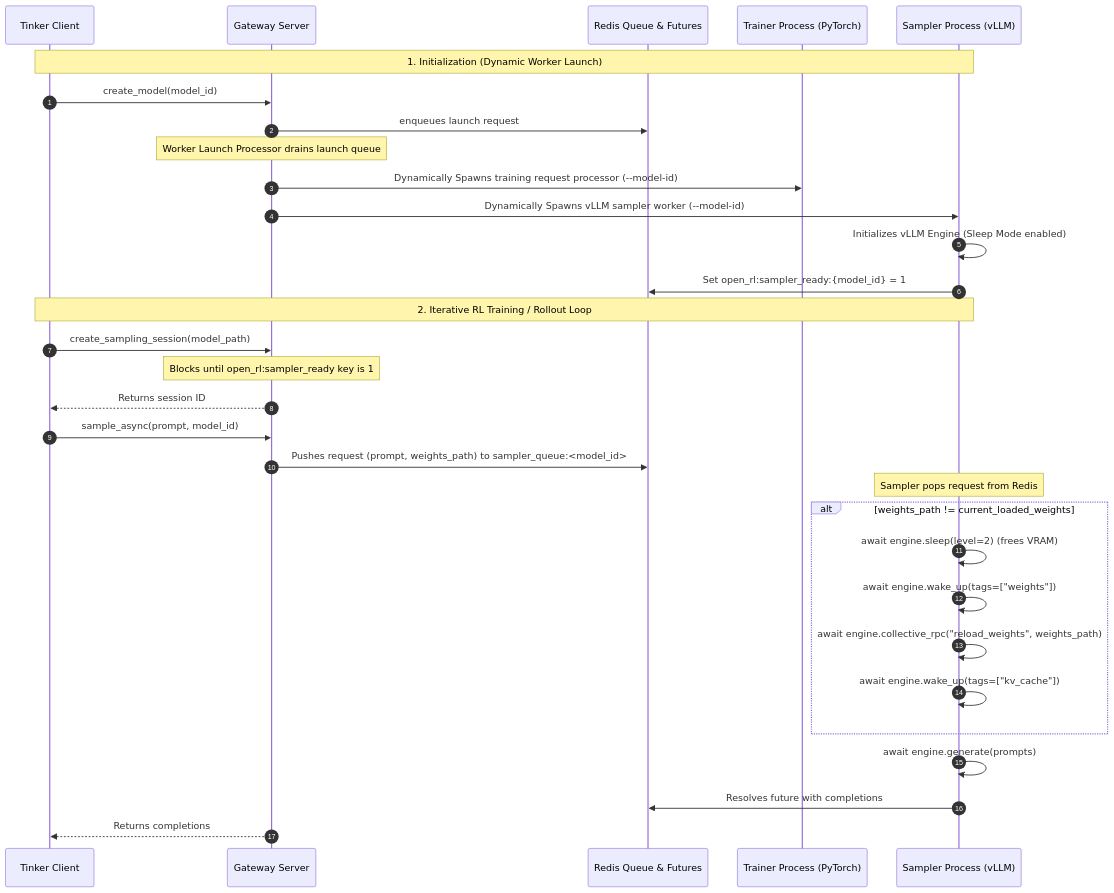
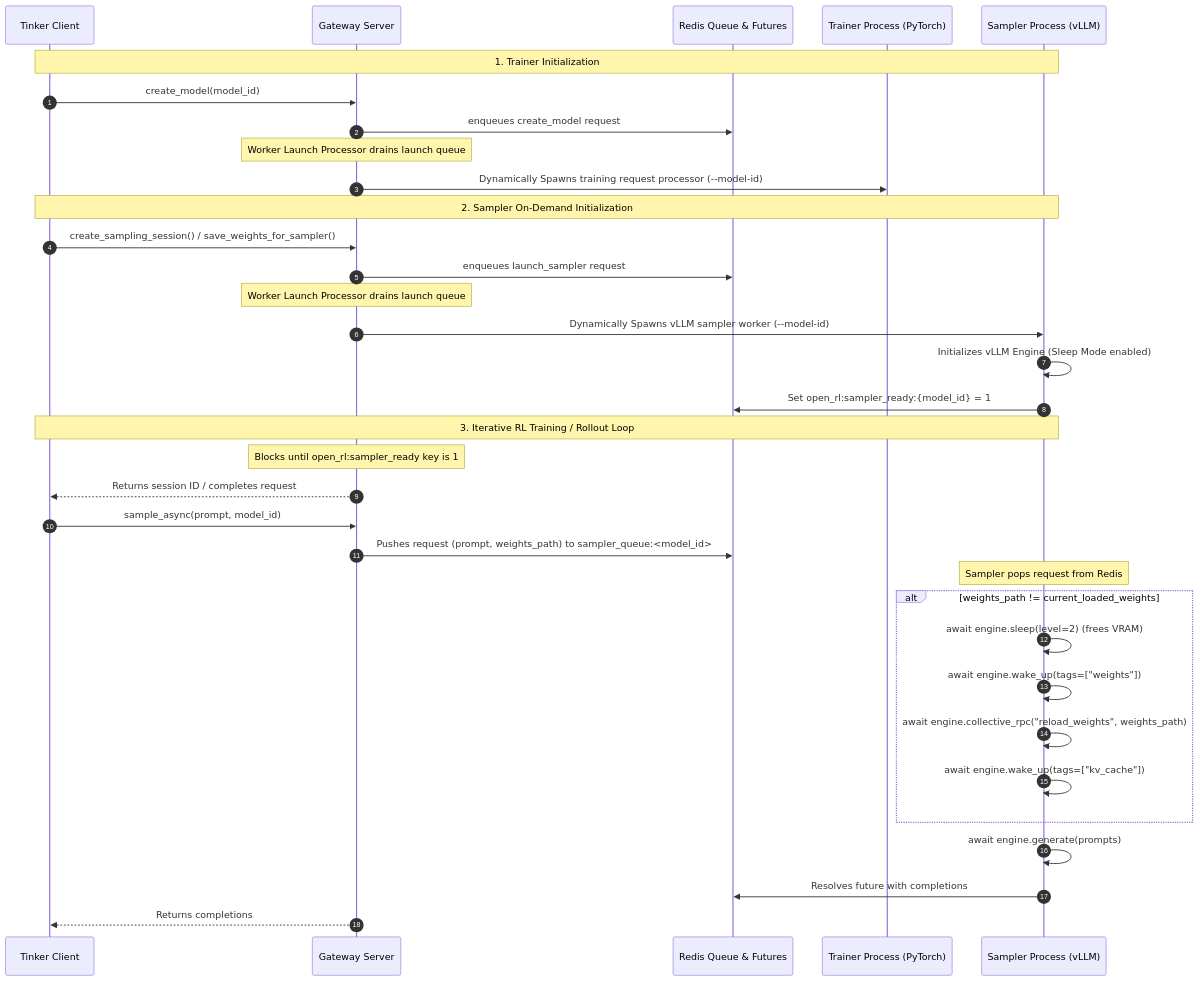
Before and after one commit to gke-labs/open-rl: the first of 2 diagrams in fft_sampler.md, drawn with Mermaid. The commit also changed 1 other file, not shown here.

Commit message:
Update sequence diagram in fft_sampler.md and commit save_weights_for_sampler on-demand launcher

````diff
--- a/fft_sampler.md
+++ b/fft_sampler.md
@@ -24,37 +24,41 @@
 ```mermaid
 sequenceDiagram
     autonumber
     participant Client as Tinker Client
     participant GW as Gateway Server
     participant Redis as Redis Queue & Futures
     participant TS as Trainer Process (PyTorch)
     participant VS as Sampler Process (vLLM)
 
-    Note over Client, VS: 1. Initialization (Dynamic Worker Launch)
+    Note over Client, VS: 1. Trainer Initialization
     Client->>GW: create_model(model_id)
-    GW->>Redis: enqueues launch request
+    GW->>Redis: enqueues create_model request
     Note over GW: Worker Launch Processor drains launch queue
     GW->>TS: Dynamically Spawns training request processor (--model-id)
+
+    Note over Client, VS: 2. Sampler On-Demand Initialization
+    Client->>GW: create_sampling_session() / save_weights_for_sampler()
+    GW->>Redis: enqueues launch_sampler request
+    Note over GW: Worker Launch Processor drains launch queue
     GW->>VS: Dynamically Spawns vLLM sampler worker (--model-id)
     VS->>VS: Initializes vLLM Engine (Sleep Mode enabled)
     VS->>Redis: Set open_rl:sampler_ready:{model_id} = 1
 
-    Note over Client, VS: 2. Iterative RL Training / Rollout Loop
-    Client->>GW: create_sampling_session(model_path)
+    Note over Client, VS: 3. Iterative RL Training / Rollout Loop
     Note over GW: Blocks until open_rl:sampler_ready key is 1
-    GW-->>Client: Returns session ID
+    GW-->>Client: Returns session ID / completes request
 
     Client->>GW: sample_async(prompt, model_id)
     GW->>Redis: Pushes request (prompt, weights_path) to sampler_queue:<model_id>
     
     Note over VS: Sampler pops request from Redis
     alt weights_path != current_loaded_weights
         VS->>VS: await engine.sleep(level=2) (frees VRAM)
         VS->>VS: await engine.wake_up(tags=["weights"])
         VS->>VS: await engine.collective_rpc("reload_weights", weights_path)
         VS->>VS: await engine.wake_up(tags=["kv_cache"])
     end
     VS->>VS: await engine.generate(prompts)
     VS->>Redis: Resolves future with completions
     GW-->>Client: Returns completions
 ```
````
